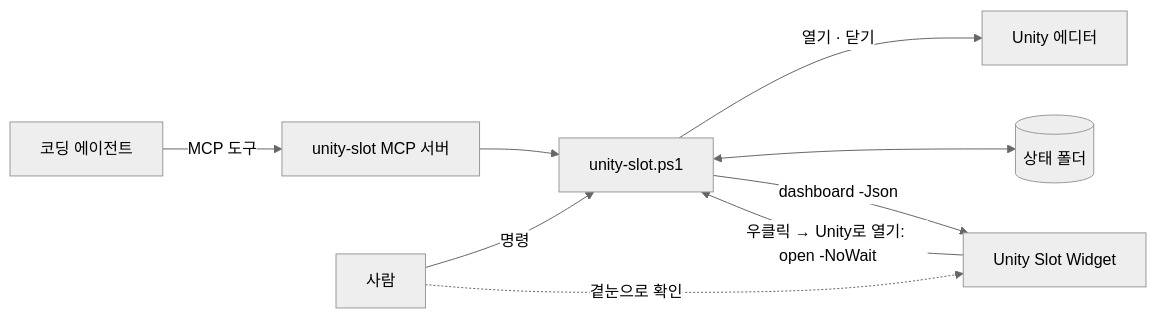
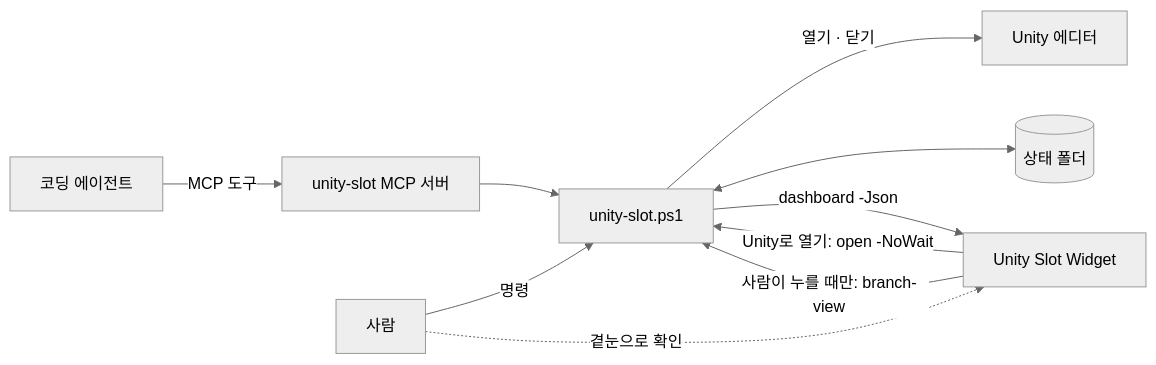
The second of 2 diagrams in README.md (cyKim0115/unity-slot-widget), drawn with Mermaid (neutral theme) before and after one commit. The commit also changed other lines of this file and 12 other files, not shown here.

````diff
--- a/README.md
+++ b/README.md
@@ -99,11 +150,12 @@
 ```mermaid
 flowchart LR
     agent["코딩 에이전트"] -- "MCP 도구" --> mcp["unity-slot MCP 서버"]
     person["사람"] -- "명령" --> cli["unity-slot.ps1"]
     mcp --> cli
     cli -- "열기 · 닫기" --> editor["Unity 에디터"]
     cli <--> state[("상태 폴더")]
     cli -- "dashboard -Json" --> widget["Unity Slot Widget"]
-    widget -- "우클릭 → Unity로 열기: open -NoWait" --> cli
+    widget -- "Unity로 열기: open -NoWait" --> cli
+    widget -- "사람이 누를 때만: branch-view" --> cli
     person -. "곁눈으로 확인" .-> widget
 ```
````
